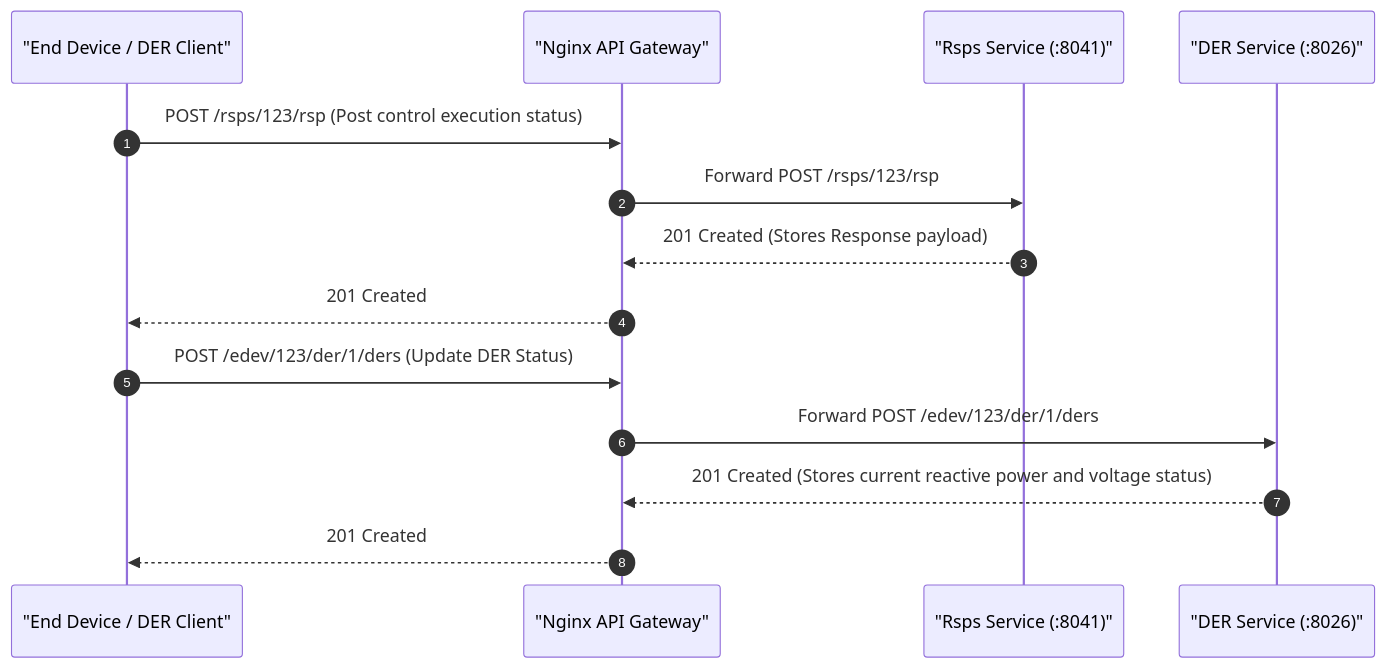
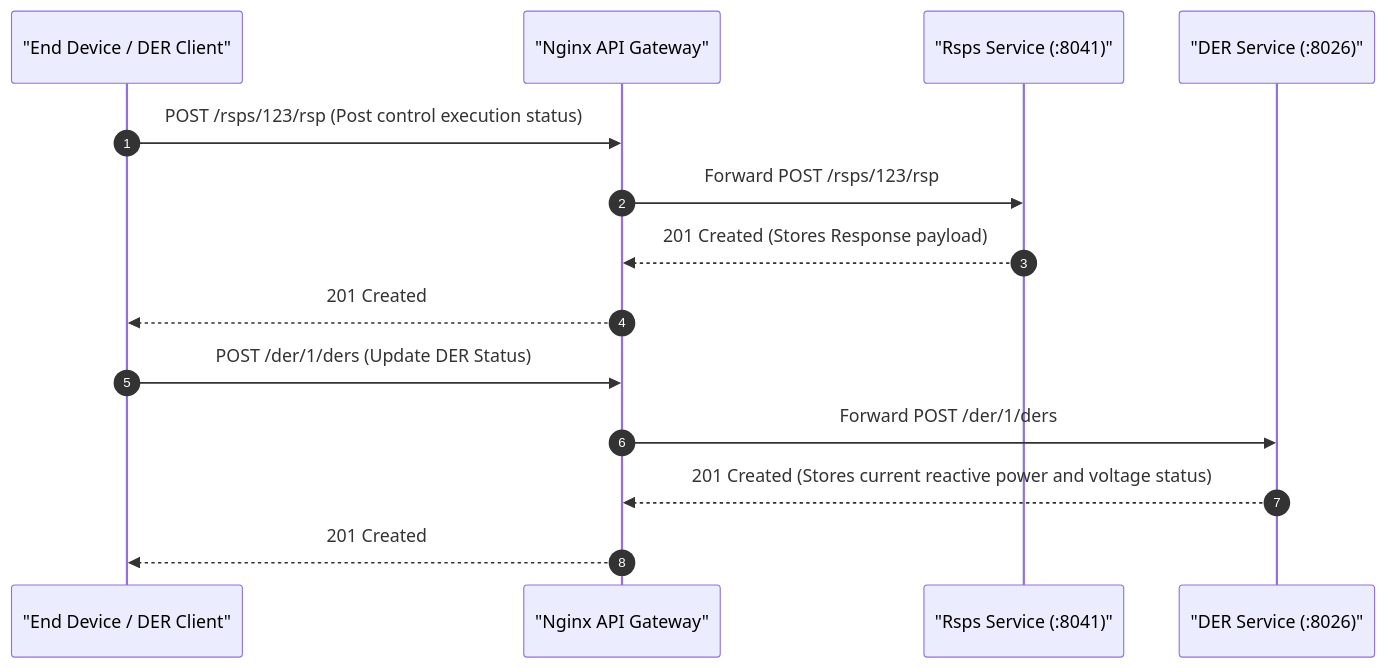
Before and after one commit to Tylores/egot: the fourth of 5 diagrams in lifecycles/voltage_management.md, drawn with Mermaid. The commit also changed other lines of this file and 18 other files, not shown here.

````diff
--- a/lifecycles/voltage_management.md
+++ b/lifecycles/voltage_management.md
@@ -99,18 +99,18 @@
 ```mermaid
 sequenceDiagram
     autonumber
     participant Client as "End Device / DER Client"
     participant GW as "Nginx API Gateway"
     participant RSPS as "Rsps Service (:8041)"
     participant DER as "DER Service (:8026)"
 
     Client->>GW: POST /rsps/123/rsp (Post control execution status)
     GW->>RSPS: Forward POST /rsps/123/rsp
     RSPS-->>GW: 201 Created (Stores Response payload)
     GW-->>Client: 201 Created
 
-    Client->>GW: POST /edev/123/der/1/ders (Update DER Status)
-    GW->>DER: Forward POST /edev/123/der/1/ders
+    Client->>GW: POST /der/1/ders (Update DER Status)
+    GW->>DER: Forward POST /der/1/ders
     DER-->>GW: 201 Created (Stores current reactive power and voltage status)
     GW-->>Client: 201 Created
 ```
````
